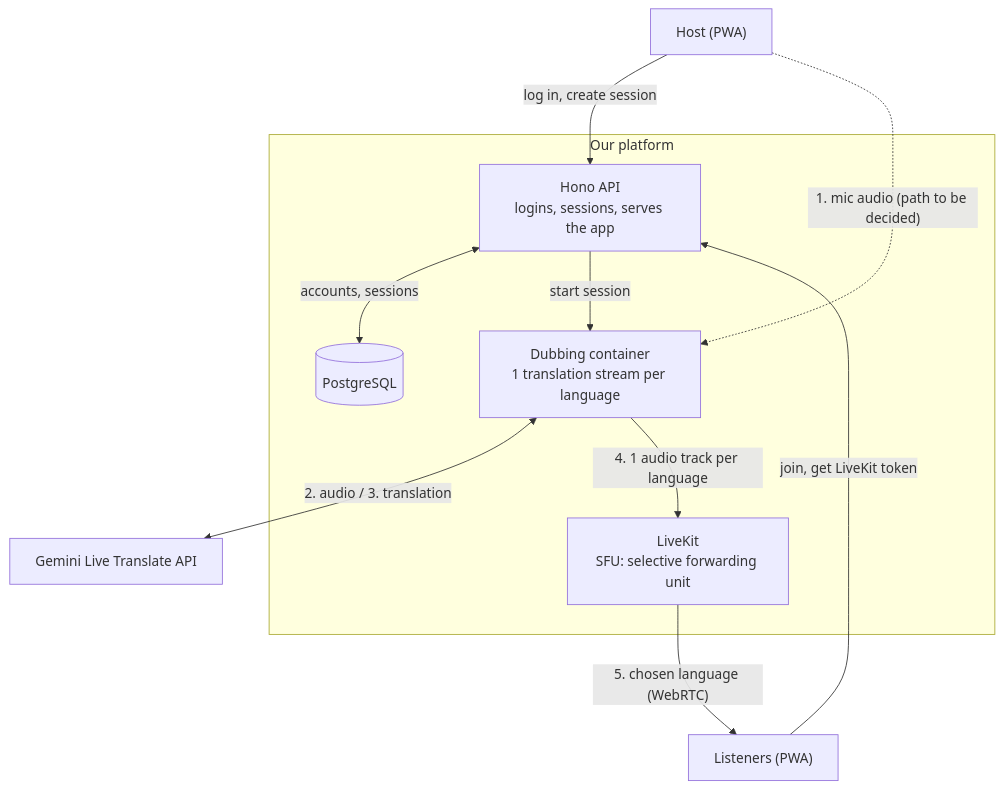
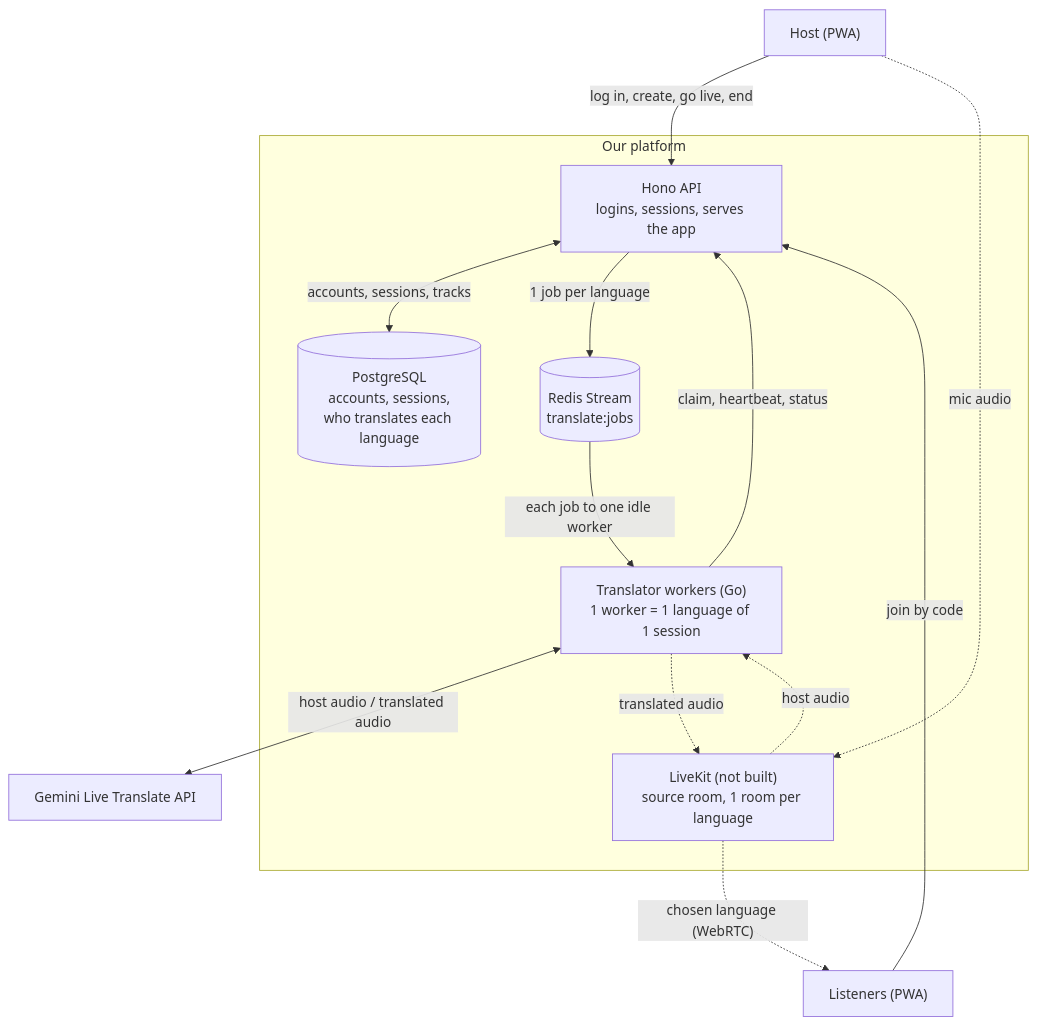
One commit to WH1TE-SHAD0W/ai-dubbing-studio changed the first of 5 diagrams in docs/architecture.md. Above: the diagram before and after it, drawn with Mermaid. The commit also changed other lines of this file and 1 other file, not shown here.

First line of the commit message:
docs: architecture pages describe the translator workers, Redis and sessions

````diff
--- a/docs/architecture.md
+++ b/docs/architecture.md
@@ -24,24 +37,28 @@
 ```mermaid
-%%{init: {"flowchart": {"nodeSpacing": 90, "rankSpacing": 70}}}%%
+%%{init: {"flowchart": {"nodeSpacing": 70, "rankSpacing": 70}}}%%
 flowchart TB
   Host["Host (PWA)"]
   Listener["Listeners (PWA)"]
 
   subgraph Platform["Our platform"]
     API["Hono API<br/>logins, sessions, serves the app"]
-    DB[("PostgreSQL")]
-    Dubbing["Dubbing container<br/>1 translation stream per language"]
-    SFU["LiveKit<br/>SFU: selective forwarding unit"]
+    DB[("PostgreSQL<br/>accounts, sessions,<br/>who translates each language")]
+    Q[("Redis Stream<br/>translate:jobs")]
+    W["Translator workers (Go)<br/>1 worker = 1 language of 1 session"]
+    SFU["LiveKit (not built)<br/>source room, 1 room per language"]
   end
 
   Gemini["Gemini Live Translate API"]
 
-  Host -- "log in, create session" --> API
-  Listener -- "join, get LiveKit token" --> API
-  API <-- "accounts, sessions" --> DB
-  API -- "start session" --> Dubbing
-  Host -. "1. mic audio (path to be decided)" .-> Dubbing
-  Dubbing <-- "2. audio / 3. translation" --> Gemini
-  Dubbing -- "4. 1 audio track per language" --> SFU
-  SFU -- "5. chosen language (WebRTC)" --> Listener
+  Host -- "log in, create, go live, end" --> API
+  Listener -- "join by code" --> API
+  API <-- "accounts, sessions, tracks" --> DB
+  API -- "1 job per language" --> Q
+  Q -- "each job to one idle worker" --> W
+  W -- "claim, heartbeat, status" --> API
+  W <-- "host audio / translated audio" --> Gemini
+  Host -. "mic audio" .-> SFU
+  SFU -. "host audio" .-> W
+  W -. "translated audio" .-> SFU
+  SFU -. "chosen language (WebRTC)" .-> Listener
 ```
````
